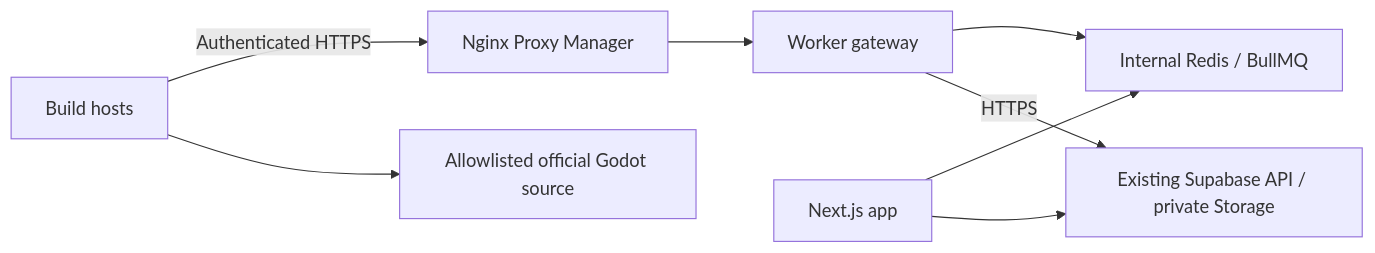
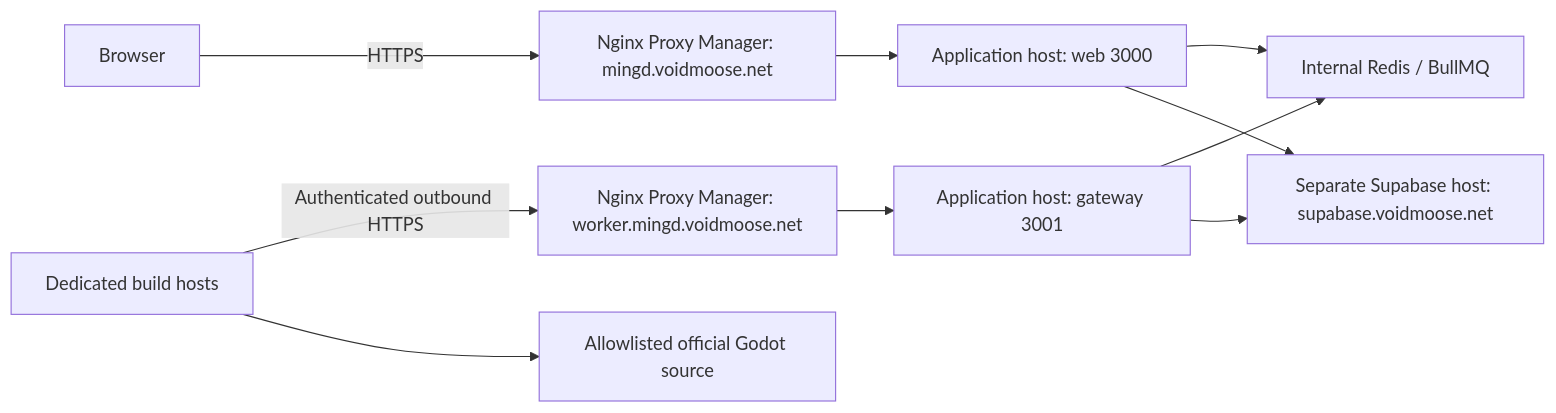
Before and after one commit to sxmxc/mingd: the diagram in docs/distributed-workers.md, drawn with Mermaid. The commit also changed other lines of this file and 71 other files, not shown here.

````diff
--- a/docs/distributed-workers.md
+++ b/docs/distributed-workers.md
@@ -27,10 +10,12 @@
 ```mermaid
 flowchart LR
-  Remote[Build hosts] -->|Authenticated HTTPS| NPM[Nginx Proxy Manager]
-  NPM --> Gateway[Worker gateway]
-  Web[Next.js app] --> Redis[Internal Redis / BullMQ]
+  Browser -->|HTTPS| AppProxy[Nginx Proxy Manager: mingd.voidmoose.net]
+  AppProxy --> Web[Application host: web 3000]
+  Web --> Redis[Internal Redis / BullMQ]
+  Build[Dedicated build hosts] -->|Authenticated outbound HTTPS| WorkerProxy[Nginx Proxy Manager: worker.mingd.voidmoose.net]
+  WorkerProxy --> Gateway[Application host: gateway 3001]
   Gateway --> Redis
-  Gateway -->|HTTPS| Supabase[Existing Supabase API / private Storage]
+  Gateway --> Supabase[Separate Supabase host: supabase.voidmoose.net]
   Web --> Supabase
-  Remote --> Official[Allowlisted official Godot source]
+  Build --> Source[Allowlisted official Godot source]
 ```
````
